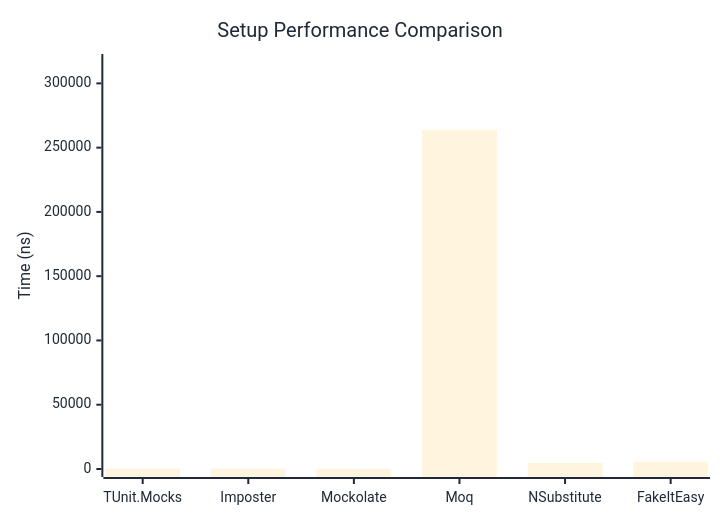
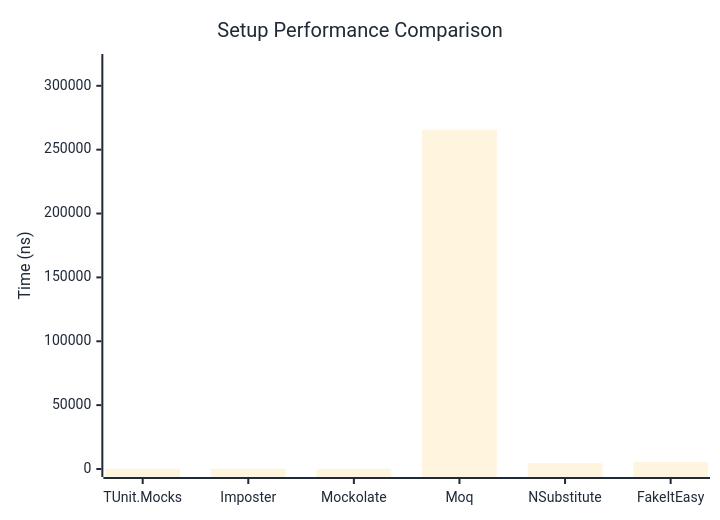
One commit to thomhurst/TUnit changed the first of 2 diagrams in docs/docs/benchmarks/mocks/Setup.md. Above: the diagram before and after it, drawn with Mermaid. The commit also changed other lines of this file and 14 other files, not shown here.

````diff
--- a/docs/docs/benchmarks/mocks/Setup.md
+++ b/docs/docs/benchmarks/mocks/Setup.md
@@ -30,27 +30,27 @@
 ```mermaid
 %%{init: {
   'theme':'base',
   'themeVariables': {
     'primaryColor': '#2563eb',
     'primaryTextColor': '#1f2937',
     'primaryBorderColor': '#1e40af',
     'lineColor': '#6b7280',
     'secondaryColor': '#7c3aed',
     'tertiaryColor': '#dc2626',
     'background': '#ffffff',
     'pie1': '#2563eb',
     'pie2': '#7c3aed',
     'pie3': '#dc2626',
     'pie4': '#f59e0b',
     'pie5': '#10b981',
     'pie6': '#06b6d4',
     'pie7': '#ec4899',
     'pie8': '#6366f1'
   }
 }}%%
 xychart-beta
   title "Setup Performance Comparison"
   x-axis ["TUnit.Mocks", "Imposter", "Mockolate", "Moq", "NSubstitute", "FakeItEasy"]
-  y-axis "Time (ns)" 0 --> 316628
-  bar [289.1, 268.2, 133.7, 263856.3, 4765, 5606.5]
+  y-axis "Time (ns)" 0 --> 318633
+  bar [199.1, 250.1, 127.1, 265527.2, 4520.5, 5420.1]
 ```
````
